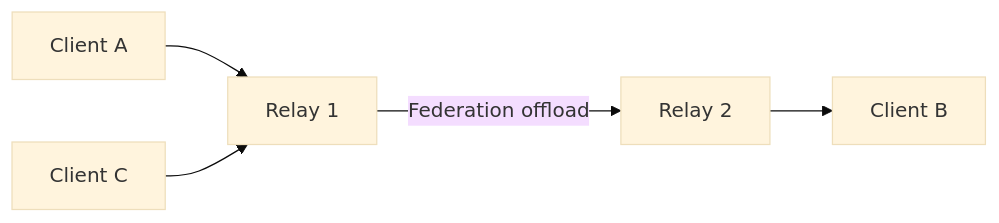
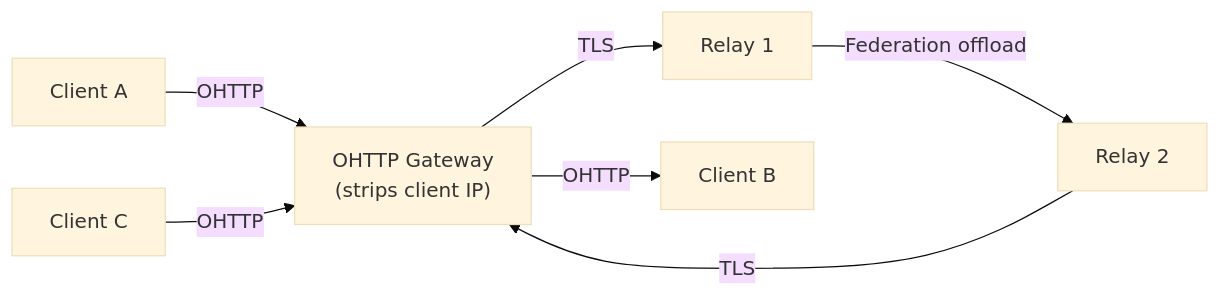
Before and after one commit to vauchi/relay: the diagram in deploy/RUNBOOKS.md, drawn with Mermaid (base theme). The commit also changed other lines of this file, not shown here.

Commit message:
docs: add OHTTP gateway to federation horizontal-scaling diagram
Per ADR-037, production client↔relay traffic flows through an OHTTP
gateway. The federation scaling diagram now shows the gateway hop;
inter-relay federation offload remains direct mTLS as before.

````diff
--- a/deploy/RUNBOOKS.md
+++ b/deploy/RUNBOOKS.md
@@ -416,12 +416,15 @@
 ```mermaid
 flowchart LR
     ClientA["Client A"]
     ClientC["Client C"]
+    Gateway["OHTTP Gateway<br/>(strips client IP)"]
     Relay1["Relay 1"]
     Relay2["Relay 2"]
     ClientB["Client B"]
-    ClientA --> Relay1
-    ClientC --> Relay1
+    ClientA -- "OHTTP" --> Gateway
+    ClientC -- "OHTTP" --> Gateway
+    Gateway -- "TLS" --> Relay1
     Relay1 -- "Federation offload" --> Relay2
-    Relay2 --> ClientB
+    Relay2 -- "TLS" --> Gateway
+    Gateway -- "OHTTP" --> ClientB
 ```
````
